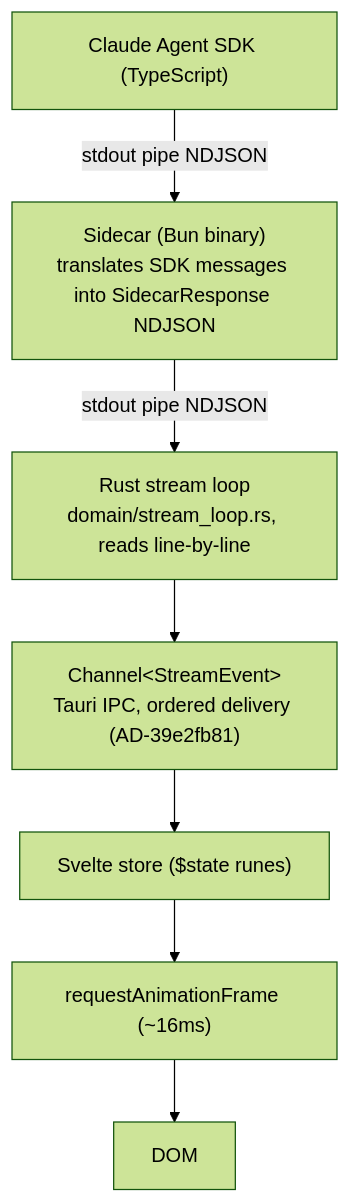
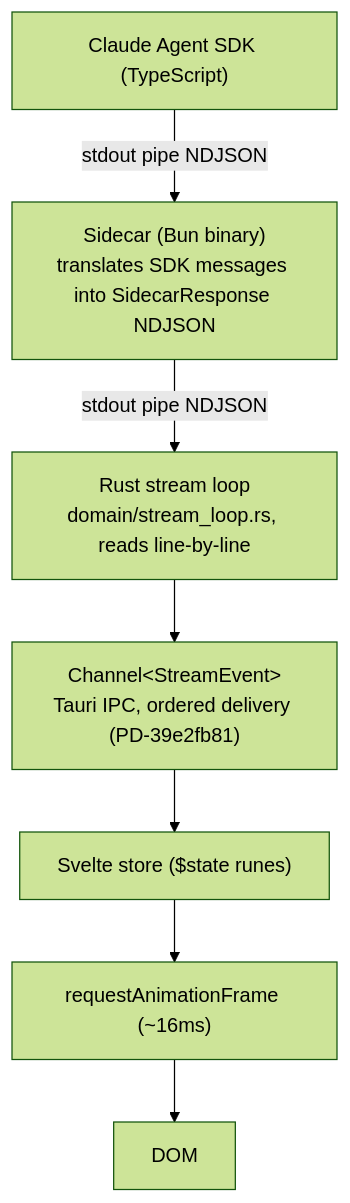
The diagram in .orqa/documentation/project/DOC-39e2fb81.md (orqastudio/app), drawn with Mermaid (forest theme) before and after one commit. The commit also changed other lines of this file and 881 other files, not shown here.

First line of the commit message:
Migration review remediation + full architecture review + JSDoc compliance

````diff
--- a/.orqa/documentation/project/DOC-39e2fb81.md
+++ b/.orqa/documentation/project/DOC-39e2fb81.md
@@ -29,17 +29,17 @@
 ```mermaid
 graph TD
     SDK["Claude Agent SDK (TypeScript)"]
     Sidecar["Sidecar (Bun binary)<br/>translates SDK messages into SidecarResponse NDJSON"]
     Rust["Rust stream loop<br/>domain/stream_loop.rs, reads line-by-line"]
-    Channel["Channel&lt;StreamEvent&gt;<br/>Tauri IPC, ordered delivery (AD-39e2fb81)"]
+    Channel["Channel&lt;StreamEvent&gt;<br/>Tauri IPC, ordered delivery (PD-39e2fb81)"]
     Store["Svelte store ($state runes)"]
     RAF["requestAnimationFrame (~16ms)"]
     DOM["DOM"]
 
     SDK -->|stdout pipe NDJSON| Sidecar
     Sidecar -->|stdout pipe NDJSON| Rust
     Rust --> Channel
     Channel --> Store
     Store --> RAF
     RAF --> DOM
 ```
````
